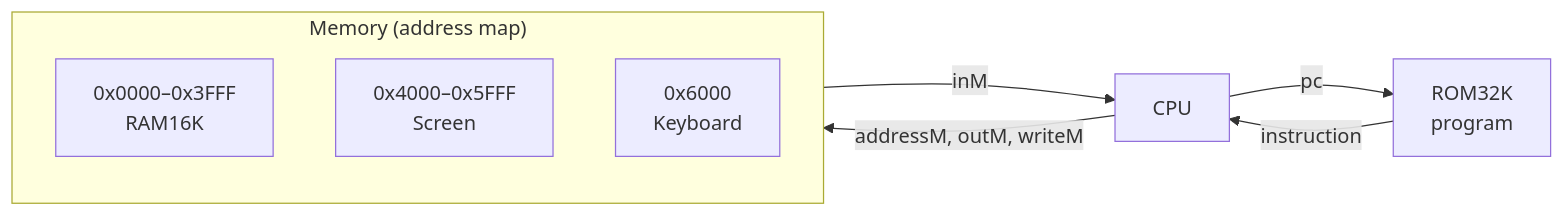
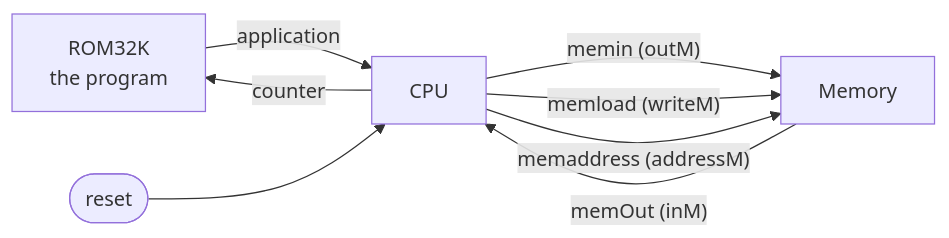
One commit to spaceadler/nand2tetris changed the fifth of 6 diagrams in README.md. Above: the diagram before and after it, drawn with Mermaid. The commit also changed other lines of this file, not shown here.

First line of the commit message:
docs: wire-level mermaid diagrams of Memory, the ALU, the CPU and the Computer

````diff
--- a/README.md
+++ b/README.md
@@ -45,12 +137,10 @@
 ```mermaid
 flowchart LR
-    subgraph MEM["Memory (address map)"]
-        RAM["0x0000–0x3FFF<br/>RAM16K"]
-        SCR["0x4000–0x5FFF<br/>Screen"]
-        KBD["0x6000<br/>Keyboard"]
-    end
-    ROM["ROM32K<br/>program"] -->|"instruction"| CPU
-    CPU -->|"pc"| ROM
-    CPU -->|"addressM, outM, writeM"| MEM
-    MEM -->|"inM"| CPU
+    rom["ROM32K<br/>the program"] -->|application| cpu["CPU"]
+    cpu -->|counter| rom
+    cpu -->|"memin (outM)"| mem["Memory"]
+    cpu -->|"memload (writeM)"| mem
+    cpu -->|"memaddress (addressM)"| mem
+    mem -->|"memOut (inM)"| cpu
+    reset(["reset"]) --> cpu
 ```
````
